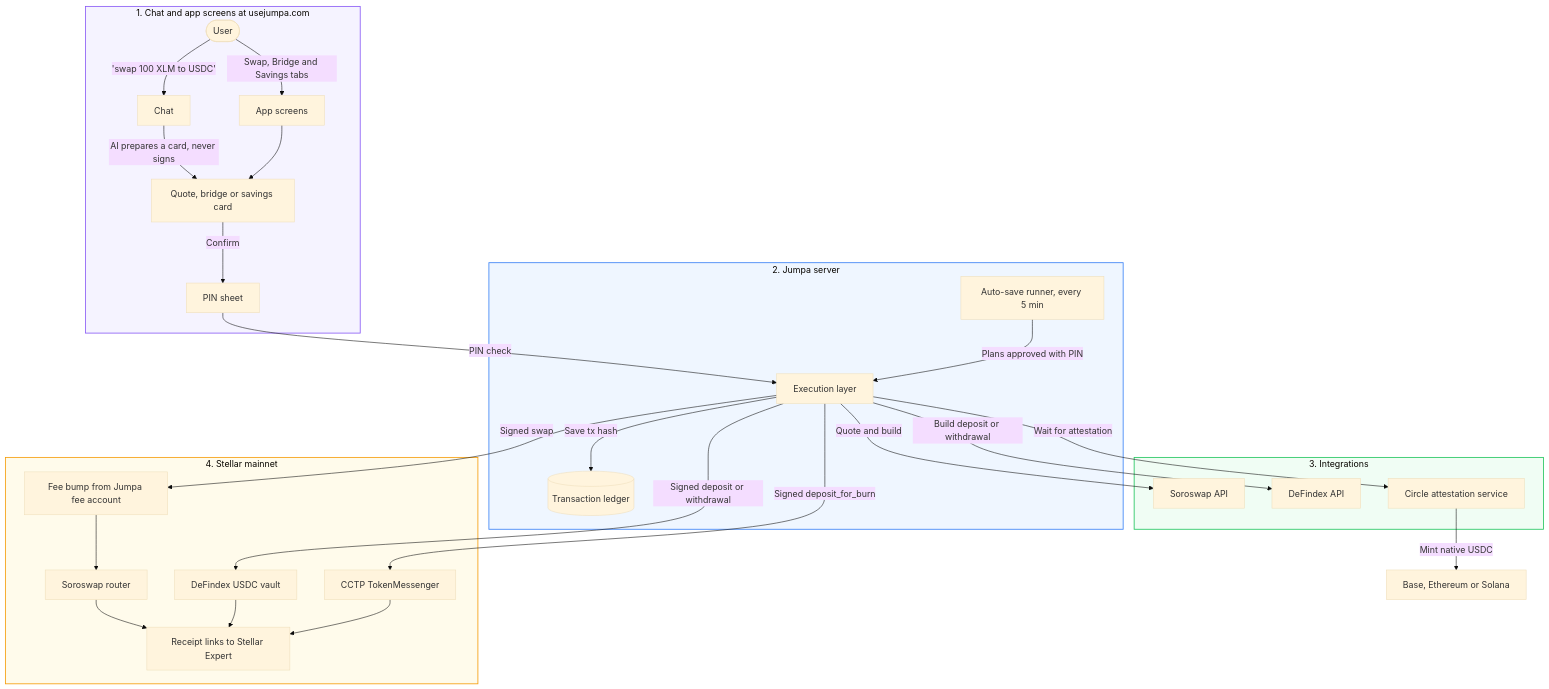
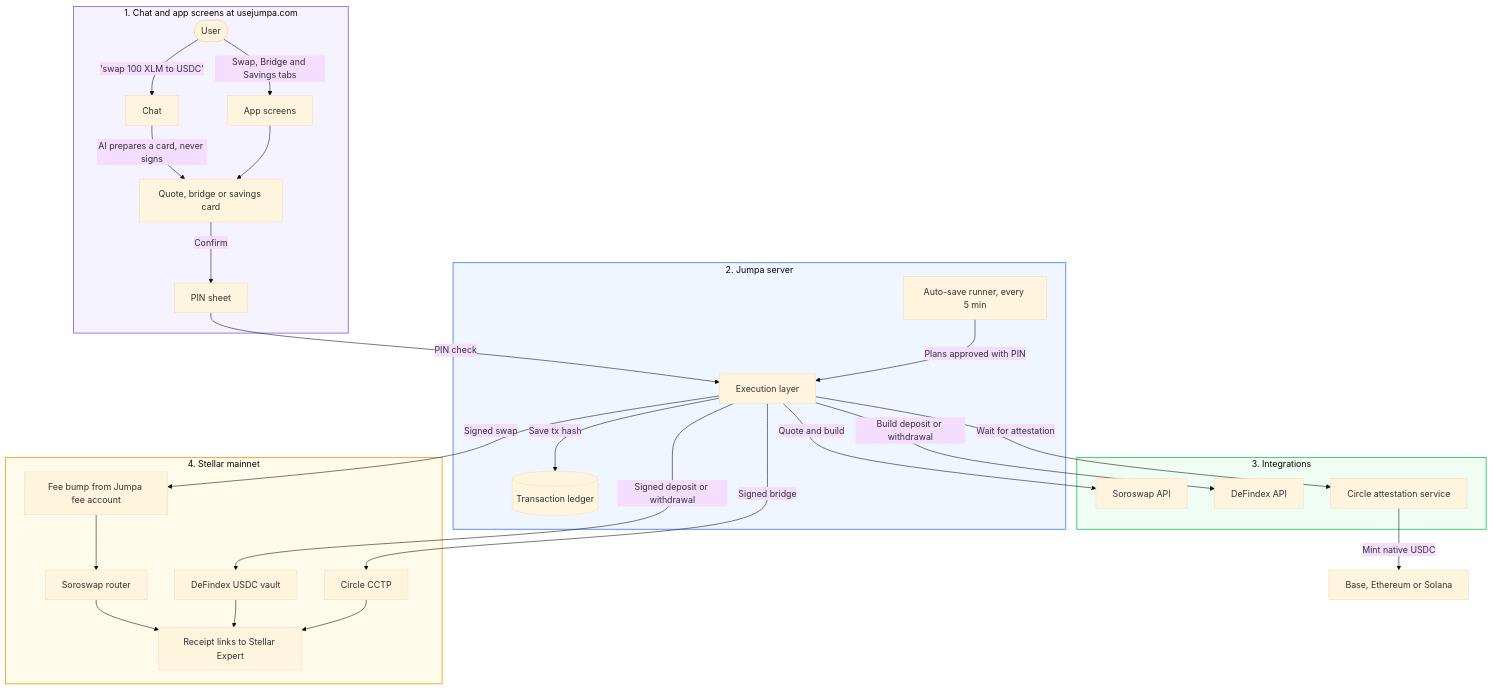
Before and after one commit to official-jumpa/jumpa-web-app: the diagram in docs/TRANCHE_3_COMPLETE.md, drawn with Mermaid (base theme). The commit also changed other lines of this file, not shown here.

````diff
--- a/docs/TRANCHE_3_COMPLETE.md
+++ b/docs/TRANCHE_3_COMPLETE.md
@@ -67,44 +67,44 @@
 ```mermaid
 flowchart TD
     subgraph App ["1. Chat and app screens at usejumpa.com"]
         User(["User"]) -->|"'swap 100 XLM to USDC'"| Chat["Chat"]
         User -->|"Swap, Bridge and Savings tabs"| Screens["App screens"]
         Chat -->|"AI prepares a card, never signs"| Card["Quote, bridge or savings card"]
         Screens --> Card
         Card -->|"Confirm"| Pin["PIN sheet"]
     end
 
     subgraph Server ["2. Jumpa server"]
         Pin -->|"PIN check"| Exec["Execution layer"]
         Cron["Auto-save runner, every 5 min"] -->|"Plans approved with PIN"| Exec
         Exec -->|"Save tx hash"| Ledger[("Transaction ledger")]
     end
 
     subgraph Integrations ["3. Integrations"]
         Exec -->|"Quote and build"| SoroswapAPI["Soroswap API"]
         Exec -->|"Build deposit or withdrawal"| DeFindexAPI["DeFindex API"]
         Exec -->|"Wait for attestation"| Iris["Circle attestation service"]
     end
 
     subgraph Mainnet ["4. Stellar mainnet"]
         Exec -->|"Signed swap"| FeeBump["Fee bump from Jumpa fee account"]
         FeeBump --> Router["Soroswap router"]
         Exec -->|"Signed deposit or withdrawal"| Vault["DeFindex USDC vault"]
-        Exec -->|"Signed deposit_for_burn"| Messenger["CCTP TokenMessenger"]
+        Exec -->|"Signed bridge"| Messenger["Circle CCTP"]
         Router --> Explorer["Receipt links to Stellar Expert"]
         Vault --> Explorer
         Messenger --> Explorer
     end
 
     Iris -->|"Mint native USDC"| Dest["Base, Ethereum or Solana"]
 
     classDef ui fill:#f5f3ff,stroke:#8b5cf6,stroke-width:1.5px;
     classDef server fill:#eff6ff,stroke:#3b82f6,stroke-width:1.5px;
     classDef proto fill:#f0fdf4,stroke:#22c55e,stroke-width:1.5px;
     classDef chain fill:#fffbeb,stroke:#f59e0b,stroke-width:1.5px;
 
     class App ui;
     class Server server;
     class Integrations proto;
     class Mainnet chain;
 ```
````
